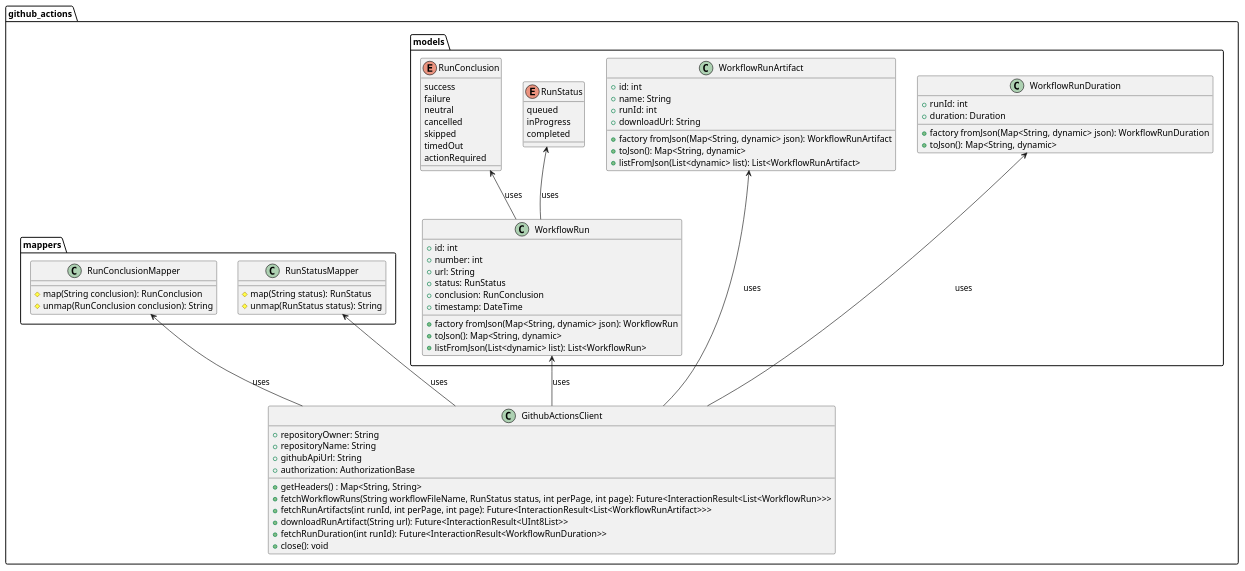
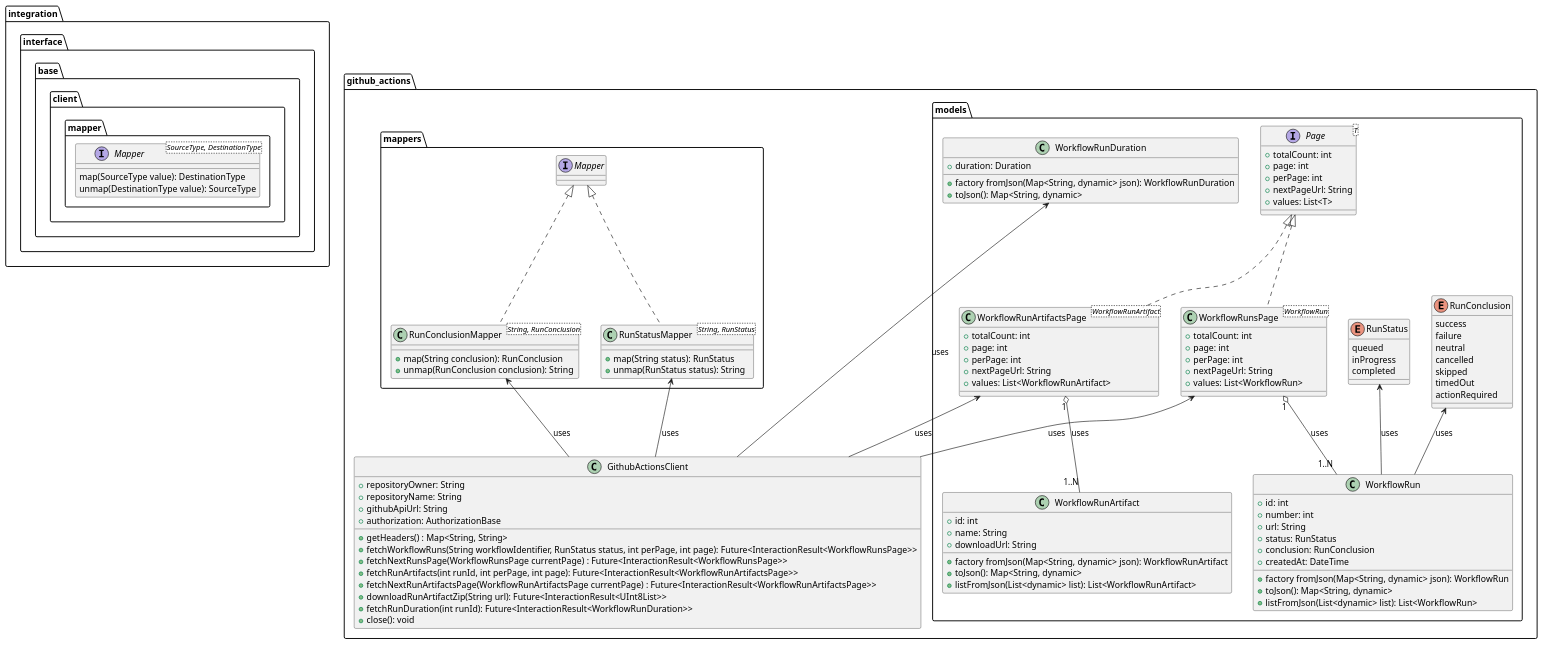
One commit to Flank/flank-dashboard changed the diagram in metrics/ci_integrations/docs/github_actions/diagrams/github_actions_client_class_diagram.puml. Above: the diagram before and after it, drawn with PlantUML. The commit also changed 1 other file, not shown here.

Commit message:
docs: Improve GitHub Actions document (#684)
* Update Github Actions diagram

* Improve namings

* Add Pagination interface, add WorkflowRunsPagination, WorkflowRunArtifactsPagination

* Fix using abstract class instead of interface

* Fix class

* Fix method type annotations

* Add new client methods

* diagram improvements

```diff
--- a/metrics/ci_integrations/docs/github_actions/diagrams/github_actions_client_class_diagram.puml
+++ b/metrics/ci_integrations/docs/github_actions/diagrams/github_actions_client_class_diagram.puml
@@ -1,96 +1,127 @@
-@startuml
+@startuml github_actions_client_class_diagram
 
-package github_actions <<Folder>> {
+package integration.interface.base.client.mapper {
+    interface Mapper<SourceType, DestinationType> {
+        map(SourceType value): DestinationType
+        unmap(DestinationType value): SourceType
+    }
+}
 
-    package models <<Folder>> {
+package github_actions {
+    package models {
+        interface Page<T> {
+            + totalCount: int
+            + page: int
+            + perPage: int
+            + nextPageUrl: String
+            + values: List<T>
+        }
+
+        class WorkflowRunsPage<WorkflowRun> implements Page {
+            + totalCount: int
+            + page: int
+            + perPage: int
+            + nextPageUrl: String
+            + values: List<WorkflowRun>
+        }
+
+        class WorkflowRunArtifactsPage<WorkflowRunArtifact> implements Page {
+            + totalCount: int
+            + page: int
+            + perPage: int
+            + nextPageUrl: String
+            + values: List<WorkflowRunArtifact>
+        }
 
         class WorkflowRun {
-            +id: int
-            +number: int
-            +url: String
-            +status: RunStatus
-            +conclusion: RunConclusion
-            +timestamp: DateTime
+            + id: int
+            + number: int
+            + url: String
+            + status: RunStatus
+            + conclusion: RunConclusion
+            + createdAt: DateTime
 
-            +factory fromJson(Map<String, dynamic> json): WorkflowRun
-            +toJson(): Map<String, dynamic>
-            +listFromJson(List<dynamic> list): List<WorkflowRun>
+            + factory fromJson(Map<String, dynamic> json): WorkflowRun
+            + toJson(): Map<String, dynamic>
+            + listFromJson(List<dynamic> list): List<WorkflowRun>
         }
 
         class WorkflowRunArtifact {
-            +id: int
-            +name: String
-            +runId: int
-            +downloadUrl: String
+            + id: int
+            + name: String
+            + downloadUrl: String
 
-           +factory fromJson(Map<String, dynamic> json): WorkflowRunArtifact
-           +toJson(): Map<String, dynamic>
-           +listFromJson(List<dynamic> list): List<WorkflowRunArtifact>
+            + factory fromJson(Map<String, dynamic> json): WorkflowRunArtifact
+            + toJson(): Map<String, dynamic>
+            + listFromJson(List<dynamic> list): List<WorkflowRunArtifact>
         }
 
         class WorkflowRunDuration {
-            +runId: int
-            +duration: Duration
+            + duration: Duration
 
-            +factory fromJson(Map<String, dynamic> json): WorkflowRunDuration
-            +toJson(): Map<String, dynamic>
+            + factory fromJson(Map<String, dynamic> json): WorkflowRunDuration
+            + toJson(): Map<String, dynamic>
         }
 
 
         enum RunStatus {
             queued
             inProgress
             completed
         }
 
         enum RunConclusion {
             success
             failure
             neutral
             cancelled
             skipped
             timedOut
             actionRequired
         }
 
     }
 
-    package mappers <<Folder>> {
-        class RunConclusionMapper {
-            #map(String conclusion): RunConclusion
-            #unmap(RunConclusion conclusion): String
+    package mappers {
+        class RunConclusionMapper<String, RunConclusion> implements Mapper {
+            + map(String conclusion): RunConclusion
+            + unmap(RunConclusion conclusion): String
         }
 
-        class RunStatusMapper {
-            #map(String status): RunStatus
-            #unmap(RunStatus status): String
+        class RunStatusMapper<String, RunStatus> implements Mapper {
+            + map(String status): RunStatus
+            + unmap(RunStatus status): String
         }
 
     }
 
 
     class GithubActionsClient {
-        +repositoryOwner: String
-        +repositoryName: String
-        +githubApiUrl: String
-        +authorization: AuthorizationBase
+        + repositoryOwner: String
+        + repositoryName: String
+        + githubApiUrl: String
+        + authorization: AuthorizationBase
 
-        +getHeaders() : Map<String, String>
-        +fetchWorkflowRuns(String workflowFileName, RunStatus status, int perPage, int page): Future<InteractionResult<List<WorkflowRun>>>
-        +fetchRunArtifacts(int runId, int perPage, int page): Future<InteractionResult<List<WorkflowRunArtifact>>>
-        +downloadRunArtifact(String url): Future<InteractionResult<UInt8List>>
-        +fetchRunDuration(int runId): Future<InteractionResult<WorkflowRunDuration>>
-        +close(): void
+        + getHeaders() : Map<String, String>
+        + fetchWorkflowRuns(String workflowIdentifier, RunStatus status, int perPage, int page): Future<InteractionResult<WorkflowRunsPage>>
+        + fetchNextRunsPage(WorkflowRunsPage currentPage) : Future<InteractionResult<WorkflowRunsPage>>
+        + fetchRunArtifacts(int runId, int perPage, int page): Future<InteractionResult<WorkflowRunArtifactsPage>>
+        + fetchNextRunArtifactsPage(WorkflowRunArtifactsPage currentPage) : Future<InteractionResult<WorkflowRunArtifactsPage>>
+        + downloadRunArtifactZip(String url): Future<InteractionResult<UInt8List>>
+        + fetchRunDuration(int runId): Future<InteractionResult<WorkflowRunDuration>>
+        + close(): void
     }
 }
 
 
-WorkflowRun <-- GithubActionsClient : uses
 WorkflowRunDuration <-- GithubActionsClient : uses
-WorkflowRunArtifact <-- GithubActionsClient : uses
+WorkflowRunsPage <-- GithubActionsClient : uses
+WorkflowRunArtifactsPage <-- GithubActionsClient : uses
+WorkflowRun "1..N" -up-o "1" WorkflowRunsPage : uses
+WorkflowRunArtifact "1..N" -up-o "1" WorkflowRunArtifactsPage : uses
 RunStatusMapper <-- GithubActionsClient : uses
 RunConclusionMapper <-- GithubActionsClient : uses
 RunConclusion <-- WorkflowRun : uses
 RunStatus <-- WorkflowRun : uses
 
 @enduml
```
